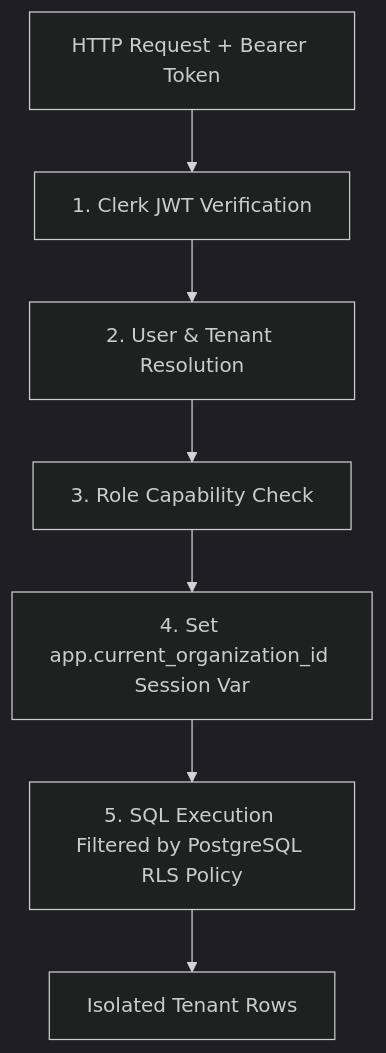
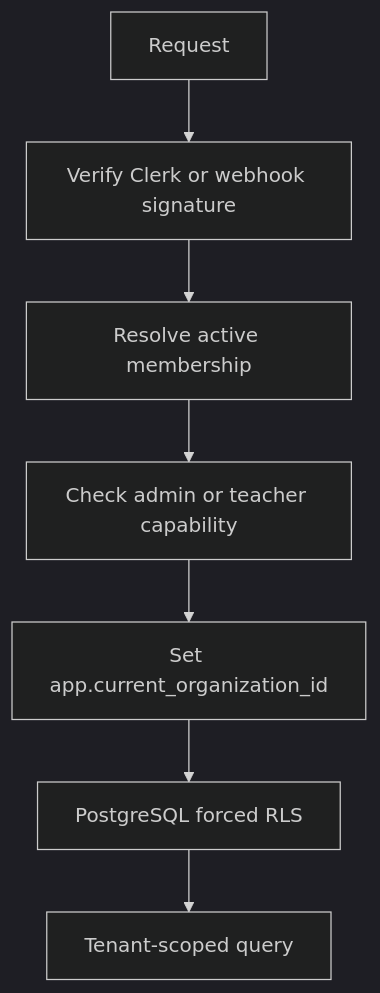
Before and after one commit to ORIOP25/Cronos: the diagram in documentation/08_security_quality/SECURITY_AND_TENANT_ISOLATION.md, drawn with Mermaid (dark theme). The commit also changed other lines of this file and 41 other files, not shown here.

````diff
--- a/documentation/08_security_quality/SECURITY_AND_TENANT_ISOLATION.md
+++ b/documentation/08_security_quality/SECURITY_AND_TENANT_ISOLATION.md
@@ -17,9 +41,9 @@
 ```mermaid
 flowchart TD
-    Req[HTTP Request + Bearer Token] --> JWT[1. Clerk JWT Verification]
-    JWT --> User[2. User & Tenant Resolution]
-    User --> RBAC[3. Role Capability Check]
-    RBAC --> RLS_Var[4. Set app.current_organization_id Session Var]
-    RLS_Var --> DB_Query[5. SQL Execution Filtered by PostgreSQL RLS Policy]
-    DB_Query --> Data[Isolated Tenant Rows]
+    Request[Request] --> Clerk[Verify Clerk or webhook signature]
+    Clerk --> Membership[Resolve active membership]
+    Membership --> Capability[Check admin or teacher capability]
+    Capability --> Context[Set app.current_organization_id]
+    Context --> RLS[PostgreSQL forced RLS]
+    RLS --> Query[Tenant-scoped query]
 ```
````
